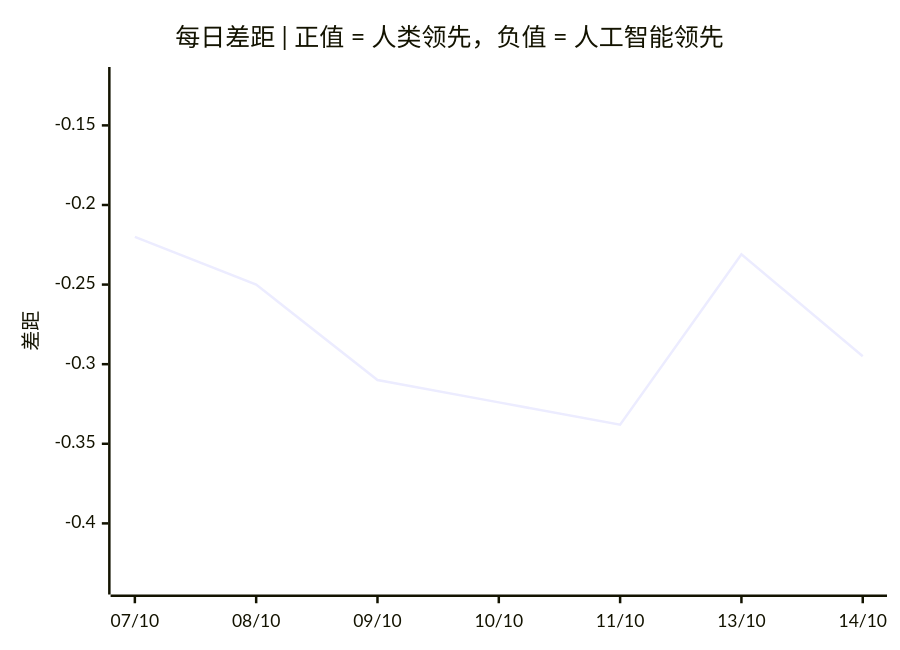
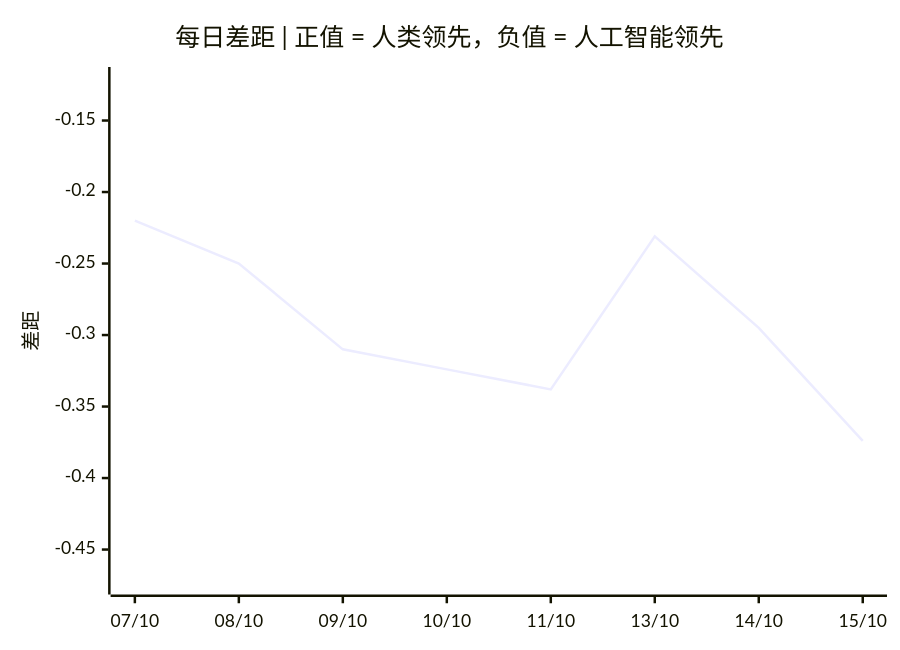
Before and after one commit to VQQLK/Human-AI-Monitor: the third of 3 diagrams in README.zh.md, drawn with Mermaid. The commit also changed other lines of this file and 5 other files, not shown here.

````diff
--- a/README.zh.md
+++ b/README.zh.md
@@ -56,7 +56,7 @@
 ```mermaid
 xychart-beta
     title "每日差距 | 正值 = 人类领先，负值 = 人工智能领先"
-    x-axis ["07/10", "08/10", "09/10", "10/10", "11/10", "13/10", "14/10"]
-    y-axis "差距" -0.438 --> -0.120
-    line [-0.220, -0.250, -0.310, -0.324, -0.338, -0.231, -0.295]
+    x-axis ["07/10", "08/10", "09/10", "10/10", "11/10", "13/10", "14/10", "15/10"]
+    y-axis "差距" -0.474 --> -0.120
+    line [-0.220, -0.250, -0.310, -0.324, -0.338, -0.231, -0.295, -0.374]
 ```
````
